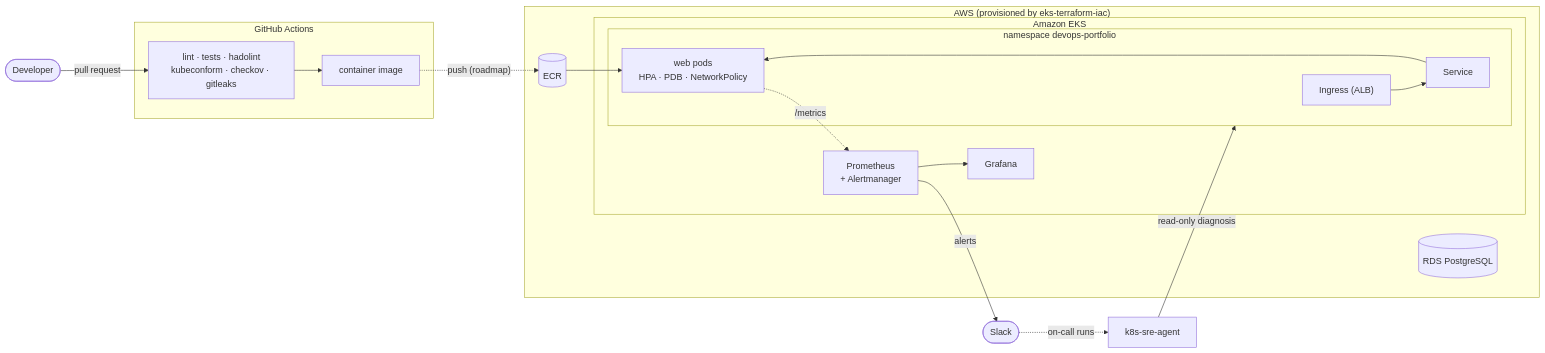
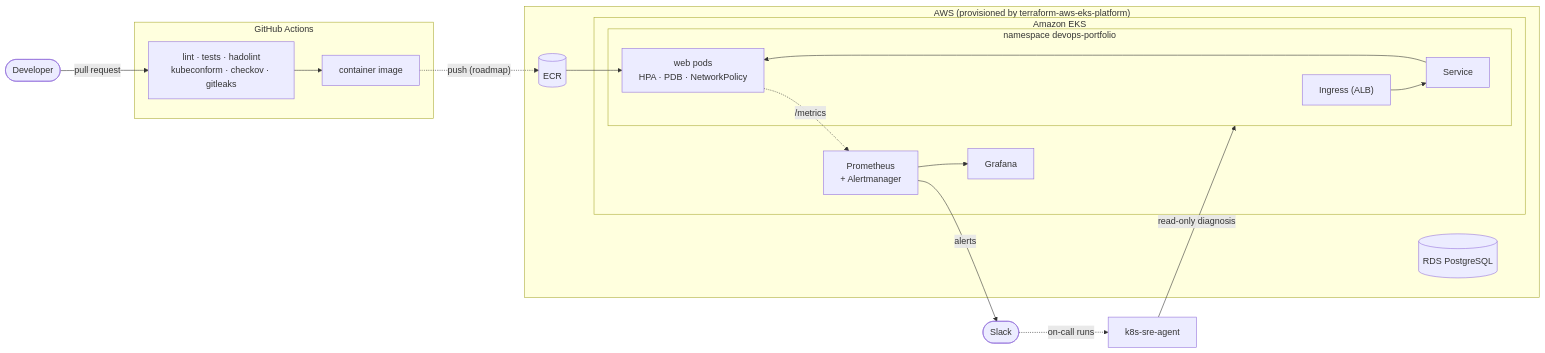
One commit to Sudo-oy/devops-portfolio changed the diagram in README.md. Above: the diagram before and after it, drawn with Mermaid. The commit also changed other lines of this file and 3 other files, not shown here.

Commit message:
docs: point to the renamed terraform-aws-eks-platform module

````diff
--- a/README.md
+++ b/README.md
@@ -26,26 +26,26 @@
 ```mermaid
 flowchart LR
   dev([Developer]) -->|pull request| gha
 
   subgraph CI["GitHub Actions"]
     gha["lint · tests · hadolint<br/>kubeconform · checkov · gitleaks"] --> img["container image"]
   end
 
-  subgraph AWS["AWS (provisioned by eks-terraform-iac)"]
+  subgraph AWS["AWS (provisioned by terraform-aws-eks-platform)"]
     ecr[(ECR)]
     subgraph EKS["Amazon EKS"]
       subgraph NS["namespace devops-portfolio"]
         ing["Ingress (ALB)"] --> svc["Service"] --> pods["web pods<br/>HPA · PDB · NetworkPolicy"]
       end
       prom["Prometheus<br/>+ Alertmanager"]
       graf["Grafana"]
     end
     rds[(RDS PostgreSQL)]
   end
 
   img -. "push (roadmap)" .-> ecr --> pods
   pods -. "/metrics" .-> prom --> graf
   prom -->|alerts| slack([Slack])
   agent["k8s-sre-agent"] -->|"read-only diagnosis"| NS
   slack -. "on-call runs" .-> agent
 ```
````
